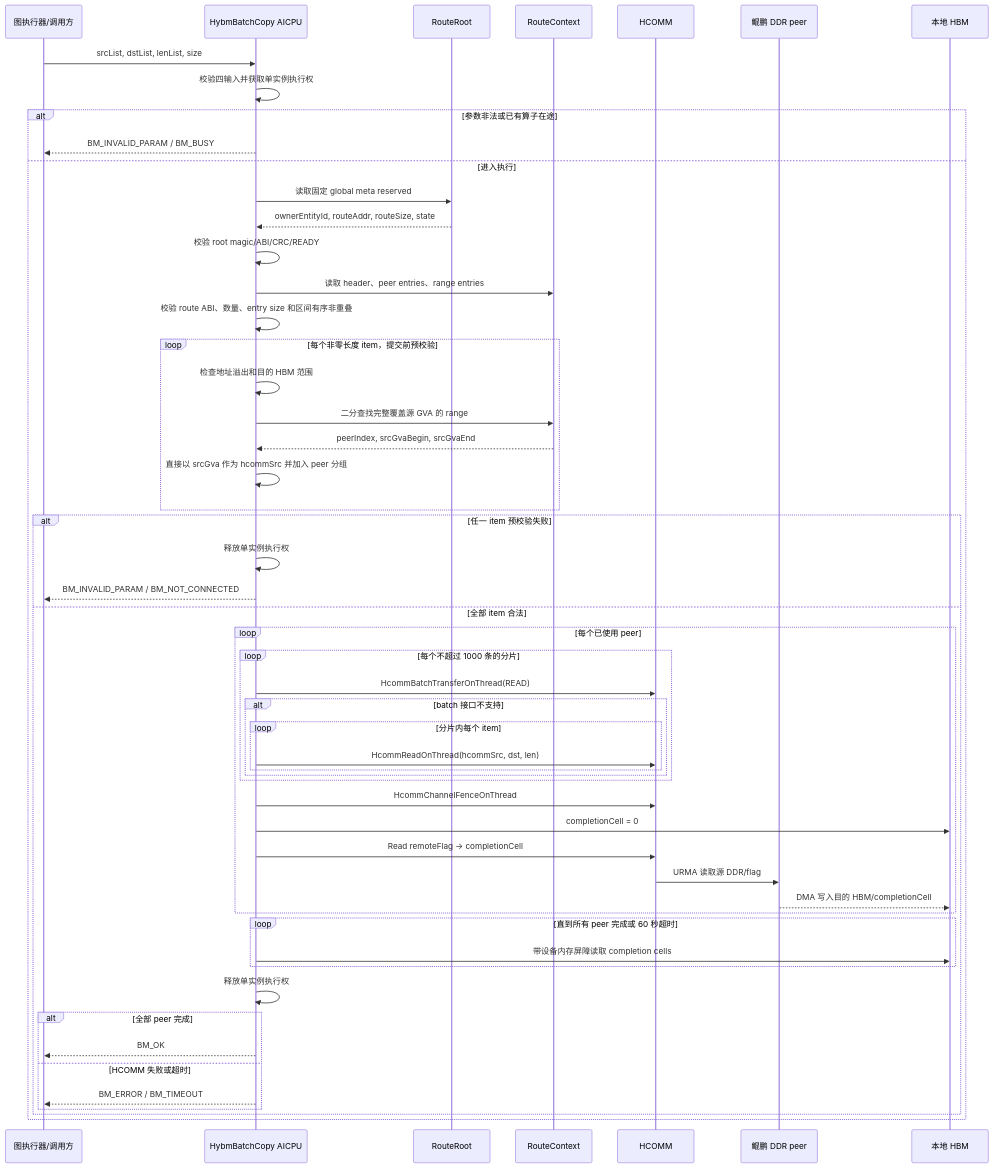
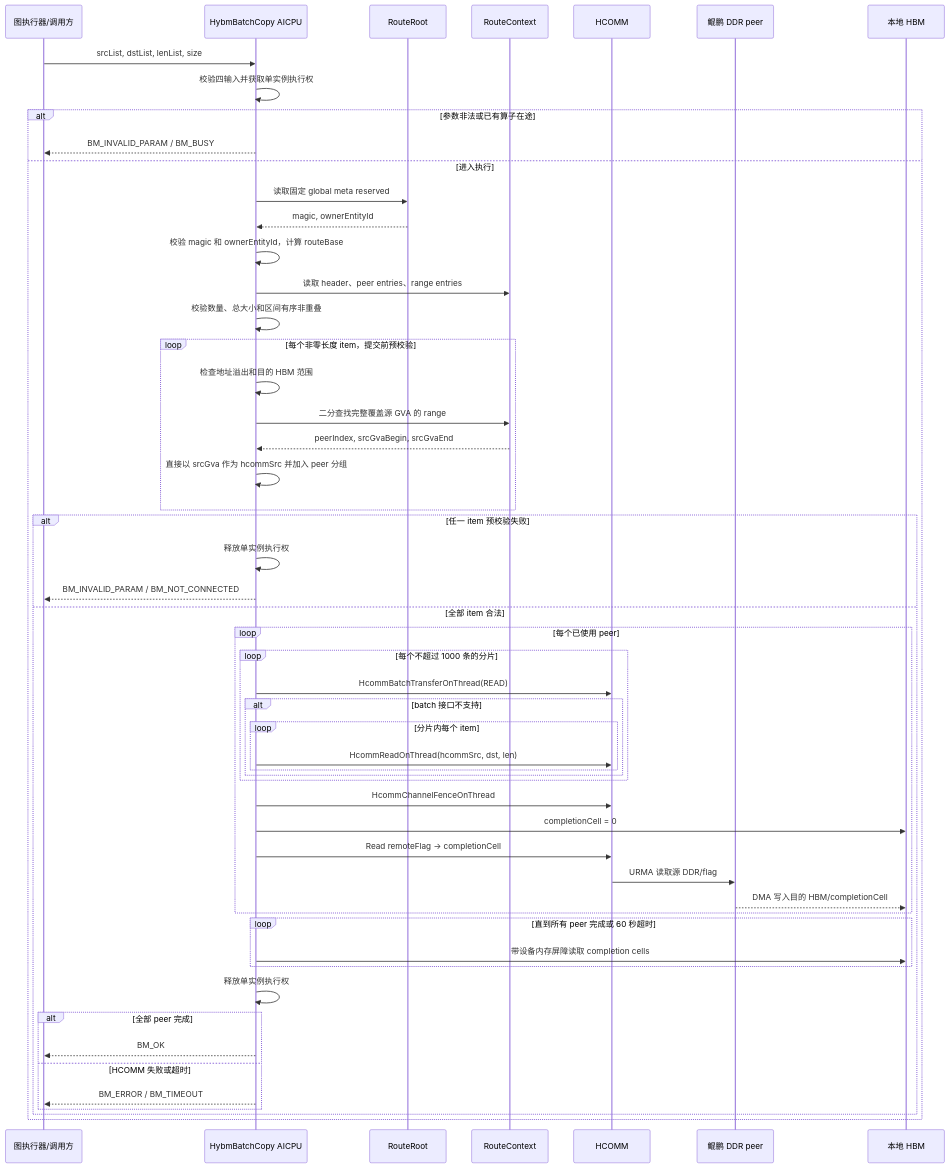
Before and after one commit to NoCoder0/memfabric_hybrid: the fourth of 4 diagrams in doc/batch_copy_aicpu_urma_design.md, drawn with Mermaid. The commit also changed other lines of this file and 1 other file, not shown here.

````diff
--- a/doc/batch_copy_aicpu_urma_design.md
+++ b/doc/batch_copy_aicpu_urma_design.md
@@ -354,57 +411,57 @@
 ```mermaid
 sequenceDiagram
     participant U as 图执行器/调用方
     participant O as HybmBatchCopy AICPU
     participant G as RouteRoot
     participant T as RouteContext
     participant H as HCOMM
     participant P as 鲲鹏 DDR peer
     participant D as 本地 HBM
 
     U->>O: srcList, dstList, lenList, size
     O->>O: 校验四输入并获取单实例执行权
     alt 参数非法或已有算子在途
         O-->>U: BM_INVALID_PARAM / BM_BUSY
     else 进入执行
         O->>G: 读取固定 global meta reserved
-        G-->>O: ownerEntityId, routeAddr, routeSize, state
-        O->>O: 校验 root magic/ABI/CRC/READY
+        G-->>O: magic, ownerEntityId
+        O->>O: 校验 magic 和 ownerEntityId，计算 routeBase
         O->>T: 读取 header、peer entries、range entries
-        O->>O: 校验 route ABI、数量、entry size 和区间有序非重叠
+        O->>O: 校验数量、总大小和区间有序非重叠
         loop 每个非零长度 item，提交前预校验
             O->>O: 检查地址溢出和目的 HBM 范围
             O->>T: 二分查找完整覆盖源 GVA 的 range
             T-->>O: peerIndex, srcGvaBegin, srcGvaEnd
             O->>O: 直接以 srcGva 作为 hcommSrc 并加入 peer 分组
         end
         alt 任一 item 预校验失败
             O->>O: 释放单实例执行权
             O-->>U: BM_INVALID_PARAM / BM_NOT_CONNECTED
         else 全部 item 合法
             loop 每个已使用 peer
                 loop 每个不超过 1000 条的分片
                     O->>H: HcommBatchTransferOnThread(READ)
                     alt batch 接口不支持
                         loop 分片内每个 item
                             O->>H: HcommReadOnThread(hcommSrc, dst, len)
                         end
                     end
                 end
                 O->>H: HcommChannelFenceOnThread
                 O->>D: completionCell = 0
                 O->>H: Read remoteFlag -> completionCell
                 H->>P: URMA 读取源 DDR/flag
                 P-->>D: DMA 写入目的 HBM/completionCell
             end
             loop 直到所有 peer 完成或 60 秒超时
                 O->>D: 带设备内存屏障读取 completion cells
             end
             O->>O: 释放单实例执行权
             alt 全部 peer 完成
                 O-->>U: BM_OK
             else HCOMM 失败或超时
                 O-->>U: BM_ERROR / BM_TIMEOUT
             end
         end
     end
 ```
````
